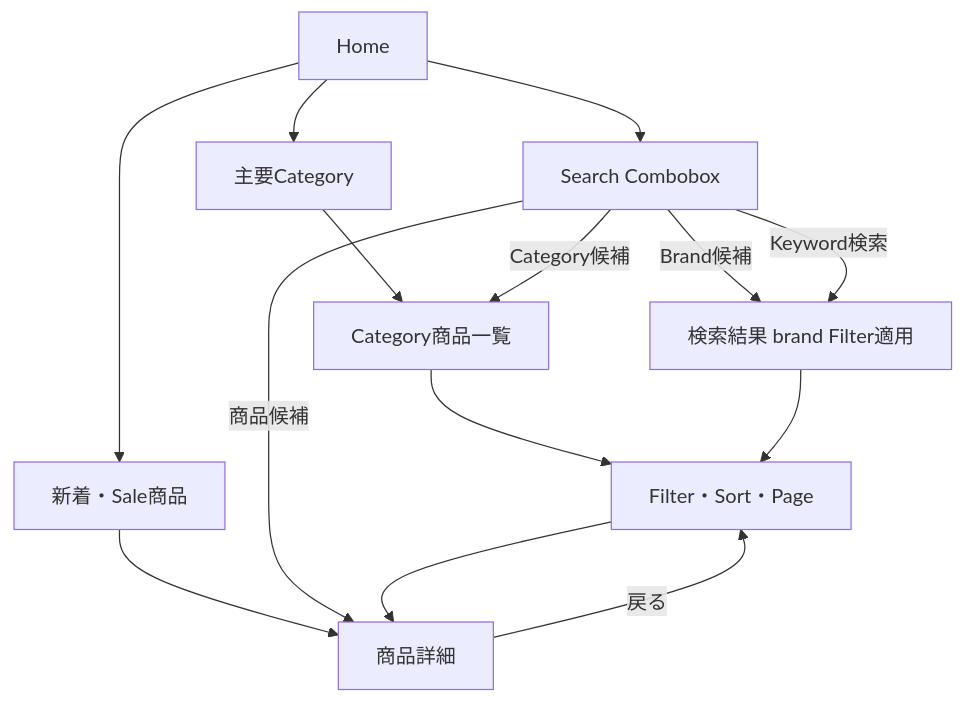
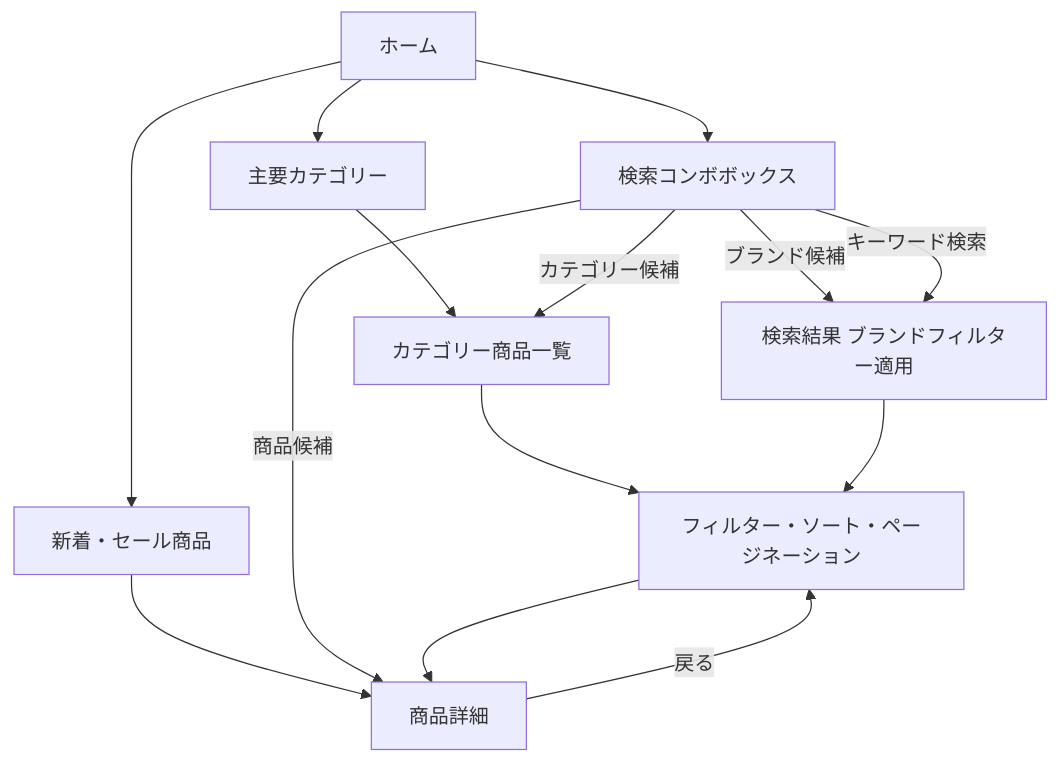
The first of 4 diagrams in docs/06_flows/user_flows.md (ryu-yoshikawa-pro-vision/qa-training-store), drawn with Mermaid before and after one commit. The commit also changed other lines of this file and 125 other files, not shown here.

````diff
--- a/docs/06_flows/user_flows.md
+++ b/docs/06_flows/user_flows.md
@@ -5,16 +5,16 @@
 ```mermaid
 flowchart TD
-  A[Home] --> B[主要Category]
-  A --> C[新着・Sale商品]
-  A --> D[Search Combobox]
-  B --> E[Category商品一覧]
+  A[ホーム] --> B[主要カテゴリー]
+  A --> C[新着・セール商品]
+  A --> D[検索コンボボックス]
+  B --> E[カテゴリー商品一覧]
   C --> F[商品詳細]
   D -->|商品候補| F
-  D -->|Category候補| E
-  D -->|Brand候補| G[検索結果 brand Filter適用]
-  D -->|Keyword検索| G
-  E --> H[Filter・Sort・Page]
+  D -->|カテゴリー候補| E
+  D -->|ブランド候補| G[検索結果 ブランドフィルター適用]
+  D -->|キーワード検索| G
+  E --> H[フィルター・ソート・ページネーション]
   G --> H
   H --> F
   F -->|戻る| H
 ```
````
